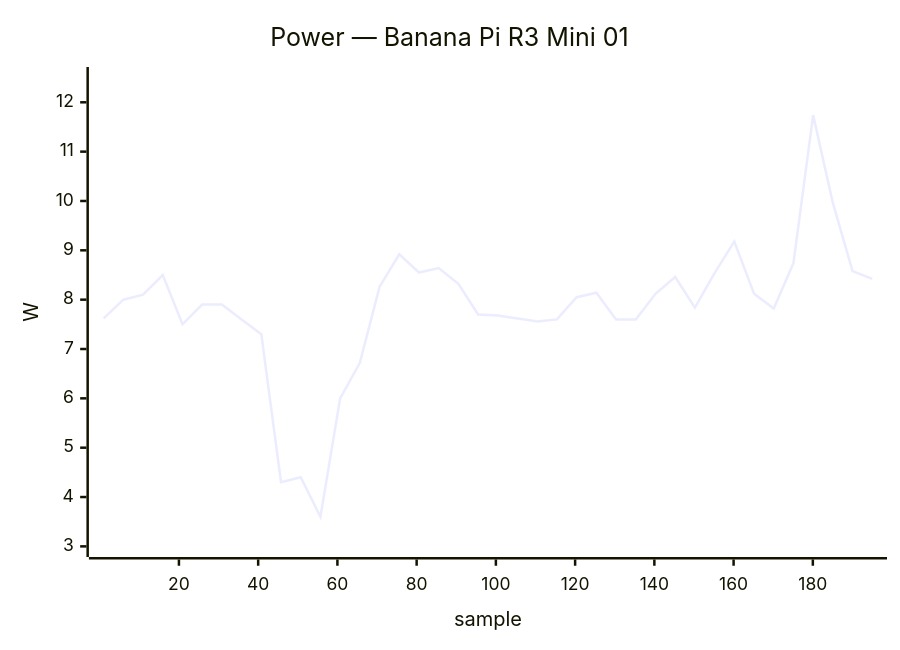
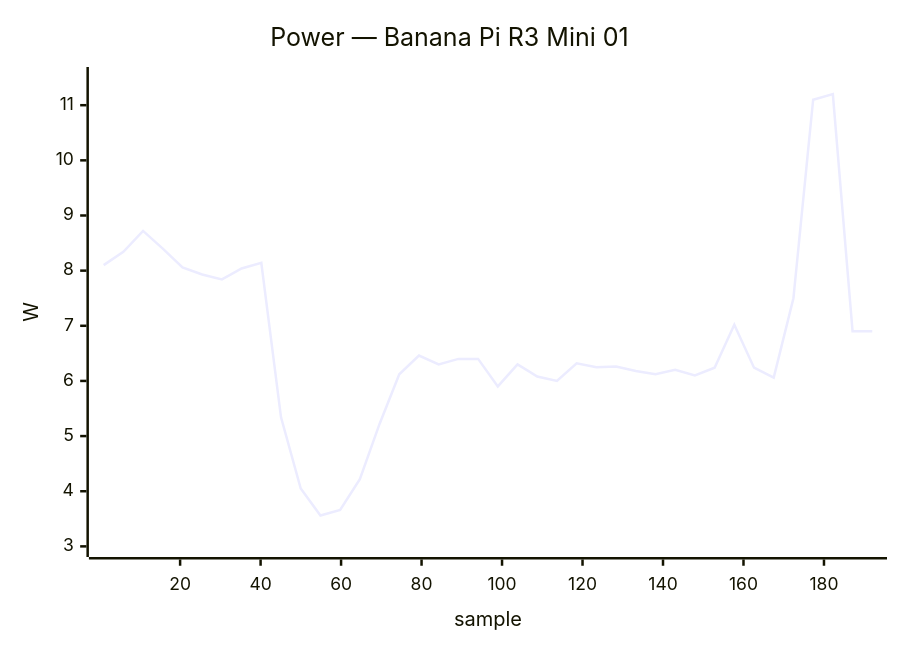
One commit to armbian/documentation changed diagram 12 of 35 in docs/status/board-tests.md. Above: the diagram before and after it, drawn with Mermaid. The commit also changed other lines of this file, not shown here.

````diff
--- a/docs/status/board-tests.md
+++ b/docs/status/board-tests.md
@@ -431,7 +596,7 @@
 ```mermaid
 xychart-beta
     title "Power — Banana Pi R3 Mini 01"
-    x-axis "sample" 1 --> 195
-    y-axis "W" 3.0 --> 12.5
-    line [7.62, 8.00, 8.10, 8.50, 7.50, 7.90, 7.90, 7.60, 7.30, 4.30, 4.40, 3.60, 6.00, 6.72, 8.26, 8.92, 8.55, 8.64, 8.32, 7.70, 7.68, 7.62, 7.56, 7.60, 8.05, 8.14, 7.60, 7.60, 8.12, 8.46, 7.84, 8.54, 9.18, 8.12, 7.82, 8.74, 11.74, 9.96, 8.58, 8.42]
+    x-axis "sample" 1 --> 192
+    y-axis "W" 3.0 --> 11.5
+    line [8.10, 8.34, 8.72, 8.40, 8.06, 7.93, 7.84, 8.04, 8.14, 5.34, 4.05, 3.56, 3.66, 4.22, 5.22, 6.12, 6.46, 6.30, 6.40, 6.40, 5.90, 6.30, 6.08, 6.00, 6.32, 6.25, 6.26, 6.18, 6.12, 6.20, 6.10, 6.24, 7.02, 6.24, 6.06, 7.50, 11.10, 11.20, 6.90, 6.90]
 ```
````
